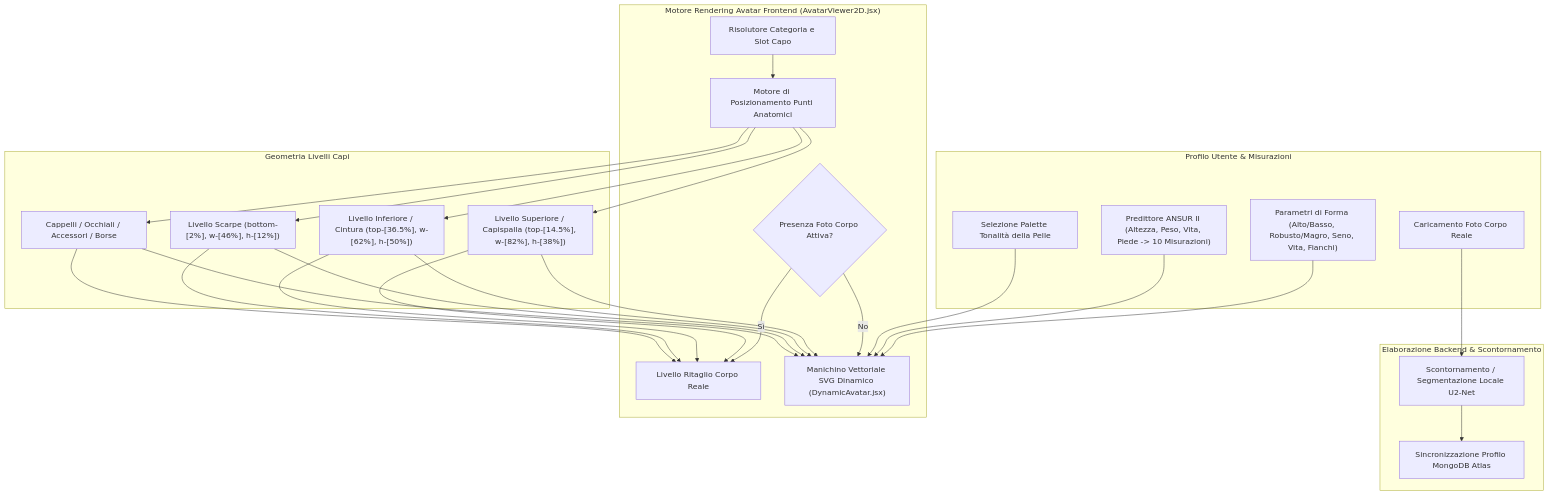
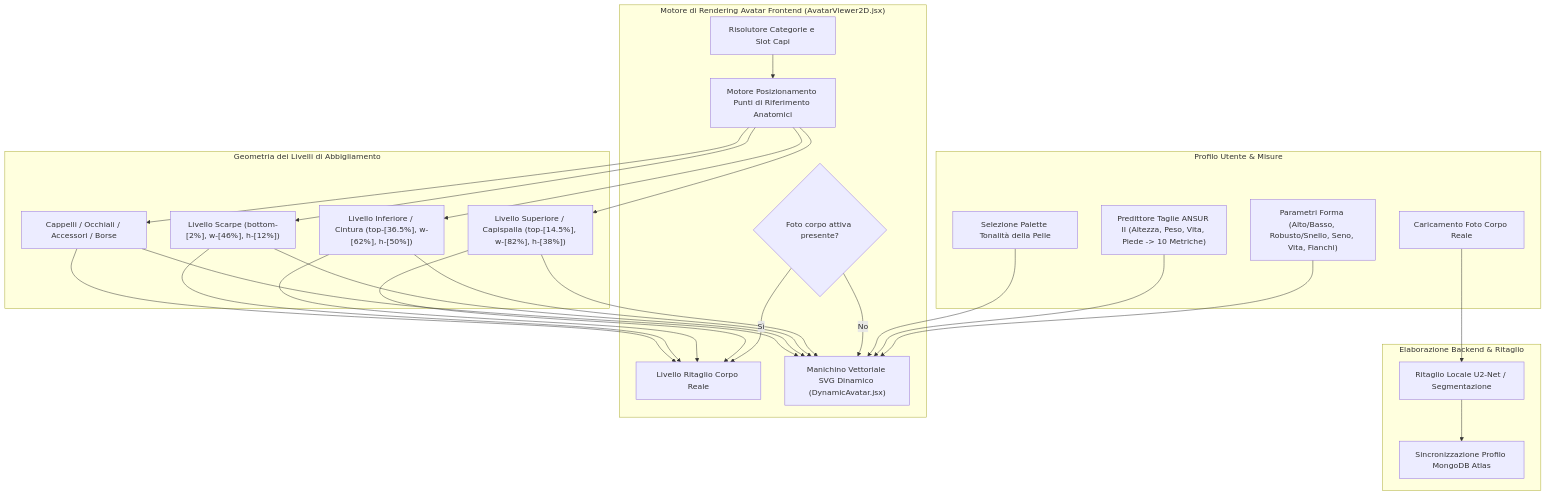
The diagram in wiki/it/Avatar.md (Yoram-Jacobs/DressAppV1), drawn with Mermaid before and after one commit. The commit also changed other lines of this file and 11 other files, not shown here.

Commit message:
docs(i18n): translate Avatar.md architecture guide across all 12 supported languages

````diff
--- a/wiki/it/Avatar.md
+++ b/wiki/it/Avatar.md
@@ -17,41 +17,41 @@
 ```mermaid
 flowchart TD
-    subgraph UserProfile["Profilo Utente & Misurazioni"]
+    subgraph UserProfile["Profilo Utente & Misure"]
         U_Photo["Caricamento Foto Corpo Reale"]
         U_Tone["Selezione Palette Tonalità della Pelle"]
-        U_Params["Parametri di Forma (Alto/Basso, Robusto/Magro, Seno, Vita, Fianchi)"]
-        U_Sizing["Predittore ANSUR II (Altezza, Peso, Vita, Piede -> 10 Misurazioni)"]
+        U_Params["Parametri Forma (Alto/Basso, Robusto/Snello, Seno, Vita, Fianchi)"]
+        U_Sizing["Predittore Taglie ANSUR II (Altezza, Peso, Vita, Piede -> 10 Metriche)"]
     end
 
-    subgraph BackendIngest["Elaborazione Backend & Scontornamento"]
-        Rembg["Scontornamento / Segmentazione Locale U2-Net"]
+    subgraph BackendIngest["Elaborazione Backend & Ritaglio"]
+        Rembg["Ritaglio Locale U2-Net / Segmentazione"]
         Mongo["Sincronizzazione Profilo MongoDB Atlas"]
     end
 
-    subgraph AvatarEngine["Motore Rendering Avatar Frontend (AvatarViewer2D.jsx)"]
-        ModeCheck{"Presenza Foto Corpo Attiva?"}
+    subgraph AvatarEngine["Motore di Rendering Avatar Frontend (AvatarViewer2D.jsx)"]
+        ModeCheck{"Foto corpo attiva presente?"}
         PhotoView["Livello Ritaglio Corpo Reale"]
         MannequinView["Manichino Vettoriale SVG Dinamico (DynamicAvatar.jsx)"]
         
-        GarmentResolver["Risolutore Categoria e Slot Capo"]
-        LandmarkCalc["Motore di Posizionamento Punti Anatomici"]
+        GarmentResolver["Risolutore Categorie e Slot Capi"]
+        LandmarkCalc["Motore Posizionamento Punti di Riferimento Anatomici"]
     end
 
-    subgraph OverlayGeometry["Geometria Livelli Capi"]
+    subgraph OverlayGeometry["Geometria dei Livelli di Abbigliamento"]
         TopLayer["Livello Superiore / Capispalla (top-[14.5%], w-[82%], h-[38%])"]
         BottomLayer["Livello Inferiore / Cintura (top-[36.5%], w-[62%], h-[50%])"]
         ShoesLayer["Livello Scarpe (bottom-[2%], w-[46%], h-[12%])"]
         AccessoryLayers["Cappelli / Occhiali / Accessori / Borse"]
     end
 
     U_Photo --> Rembg --> Mongo
     U_Params & U_Sizing --> MannequinView
     U_Tone --> MannequinView
     
     ModeCheck -- Sì --> PhotoView
     ModeCheck -- No --> MannequinView
 
     GarmentResolver --> LandmarkCalc
     LandmarkCalc --> TopLayer & BottomLayer & ShoesLayer & AccessoryLayers
     TopLayer & BottomLayer & ShoesLayer & AccessoryLayers --> PhotoView & MannequinView
 ```
````
